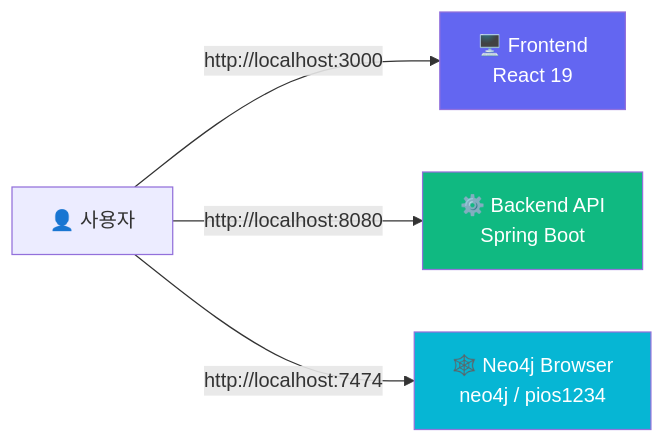
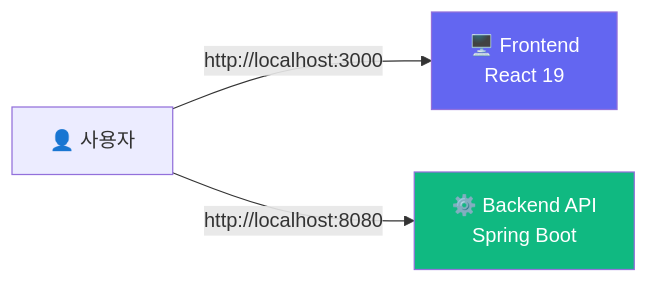
The first of 2 diagrams in docs/getting-started.md (Hsooooo/personal-insight-os), drawn with Mermaid before and after one commit. The commit also changed other lines of this file and 6 other files, not shown here.

````diff
--- a/docs/getting-started.md
+++ b/docs/getting-started.md
@@ -31,10 +31,7 @@
 ```mermaid
 flowchart LR
     사용자["👤 사용자"] -->|http://localhost:3000| FE["🖥️ Frontend<br/>React 19"]
     사용자 -->|http://localhost:8080| BE["⚙️ Backend API<br/>Spring Boot"]
-    사용자 -->|http://localhost:7474| NEO["🕸️ Neo4j Browser<br/>neo4j / pios1234"]
-
     style FE fill:#6366f1,color:#fff
     style BE fill:#10b981,color:#fff
-    style NEO fill:#06b6d4,color:#fff
 ```
````
